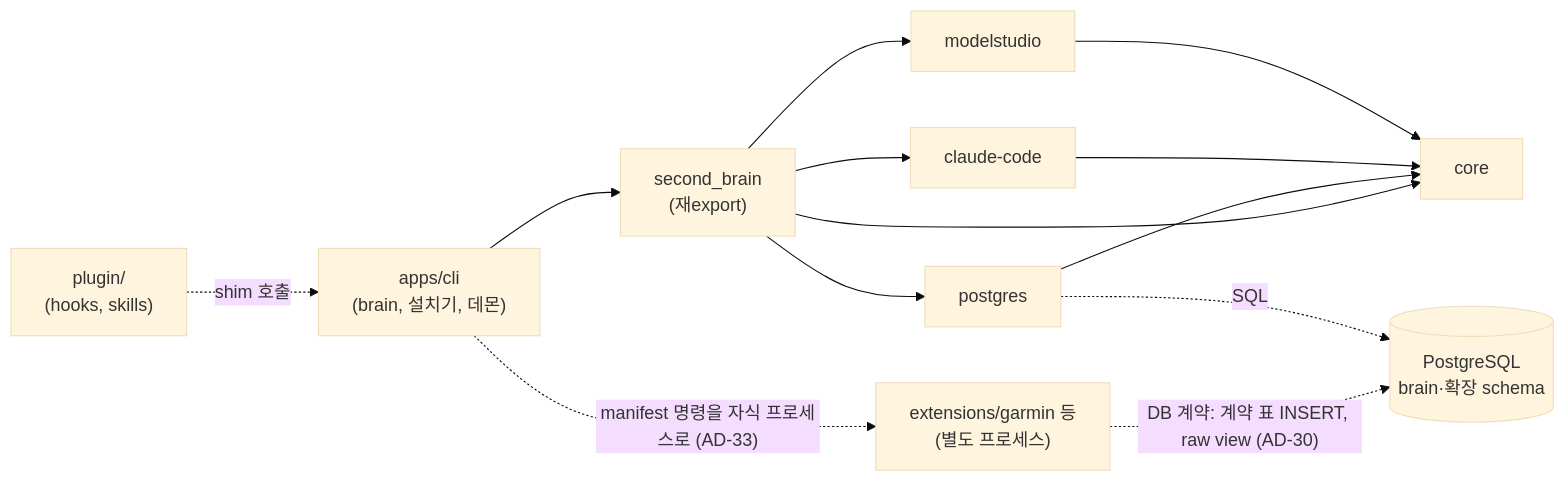
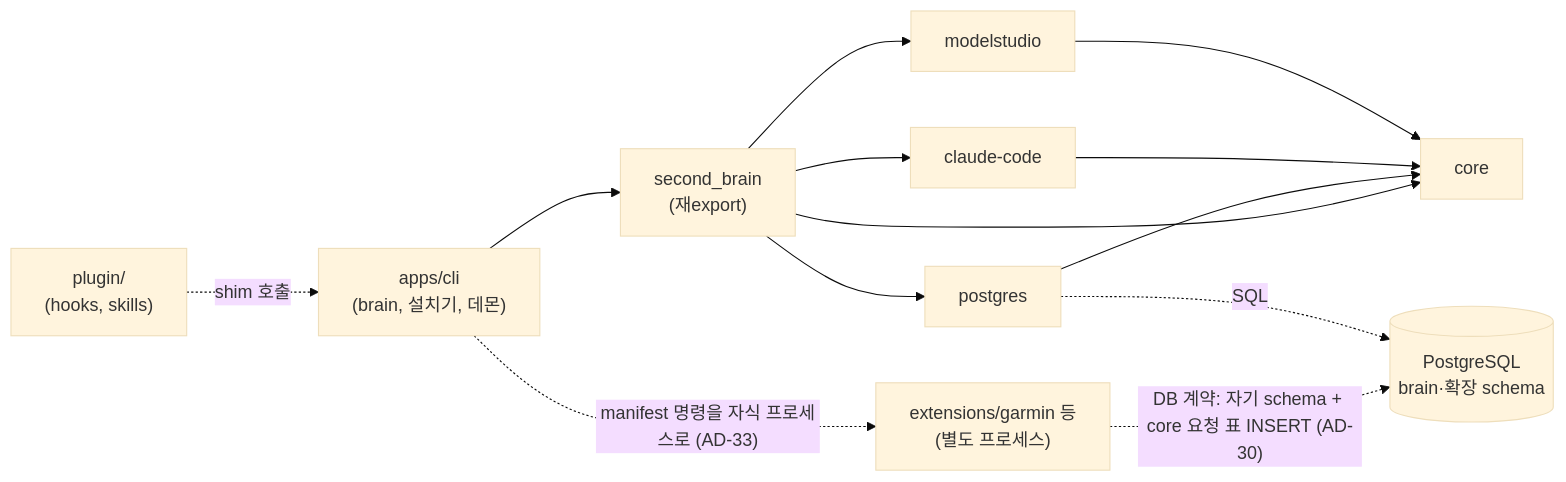
Before and after one commit to gmae199boy/second-brain: the first of 4 diagrams in _bmad-output/personal-brain/architecture-brain-v1-slice-1/architecture-brain-v1-slice-1.md, drawn with Mermaid (base theme). The commit also changed other lines of this file and 31 other files, not shown here.

````diff
--- a/_bmad-output/personal-brain/architecture-brain-v1-slice-1/architecture-brain-v1-slice-1.md
+++ b/_bmad-output/personal-brain/architecture-brain-v1-slice-1/architecture-brain-v1-slice-1.md
@@ -44,15 +45,15 @@
 ```mermaid
 flowchart LR
   cli["apps/cli<br/>(brain, 설치기, 데몬)"] --> sb["second_brain<br/>(재export)"]
   plugin["plugin/<br/>(hooks, skills)"] -. "shim 호출" .-> cli
   sb --> core["core"]
   sb --> pg["postgres"]
   sb --> cc["claude-code"]
   sb --> ms["modelstudio"]
   pg --> core
   cc --> core
   ms --> core
   cli -. "manifest 명령을 자식 프로세스로 (AD-33)" .-> ext["extensions/garmin 등<br/>(별도 프로세스)"]
-  ext -. "DB 계약: 계약 표 INSERT, raw view (AD-30)" .-> dbc[("PostgreSQL<br/>brain·확장 schema")]
+  ext -. "DB 계약: 자기 schema + core 요청 표 INSERT (AD-30)" .-> dbc[("PostgreSQL<br/>brain·확장 schema")]
   pg -. "SQL" .-> dbc
 ```
````
